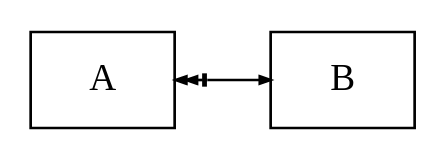
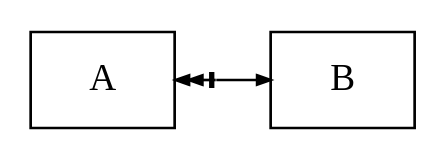
Before and after one commit to alek3y/cs: the third of 6 diagrams in src/ct0006-1/README.md, drawn with Graphviz. The commit also changed other lines of this file, not shown here.

````diff
--- a/src/ct0006-1/README.md
+++ b/src/ct0006-1/README.md
@@ -46,8 +46,8 @@
 	```dot process
 	digraph {
 		rankdir=LR
 		node [shape=record]
-		edge [arrowsize=0.4 dir=both]
+		edge [arrowsize=0.5 dir=both]
 		A -> B [arrowtail=normalnormalnonetee]
 	}
 	```
````
